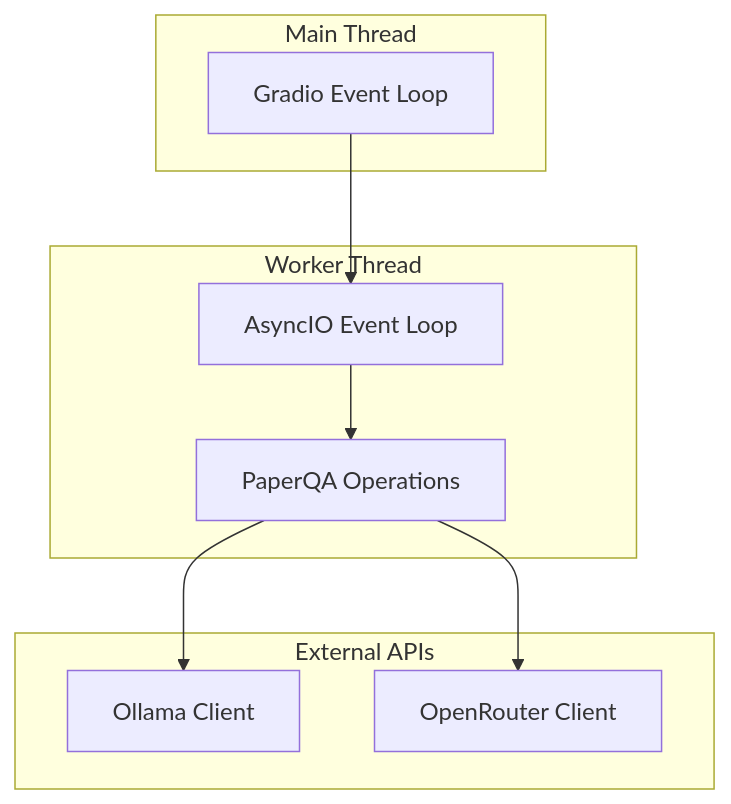
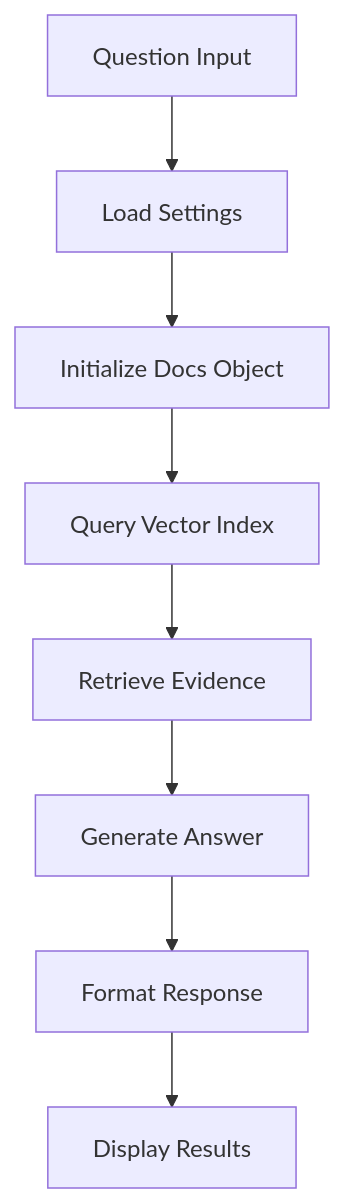
One commit to usathyan/paper-qa-ui changed the fifth of 5 diagrams in DEVELOPER.md. Above: the diagram before and after it, drawn with Mermaid. The commit also changed other lines of this file and 4 other files, not shown here.

````diff
--- a/DEVELOPER.md
+++ b/DEVELOPER.md
@@ -259,21 +170,10 @@
 ```mermaid
-graph TD
-    subgraph MAIN["Main Thread"]
-        A[Gradio Event Loop]
-    end
-    
-    subgraph WORKER["Worker Thread"]
-        C[AsyncIO Event Loop]
-        D[PaperQA Operations]
-    end
-    
-    subgraph CLIENTS["External APIs"]
-        E[Ollama Client]
-        F[OpenRouter Client]
-    end
-    
-    A --> C
-    C --> D
-    D --> E
-    D --> F
+flowchart TD
+    A[Question Input] --> B[Load Settings]
+    B --> C[Initialize Docs Object]
+    C --> D[Query Vector Index]
+    D --> E[Retrieve Evidence]
+    E --> F[Generate Answer]
+    F --> G[Format Response]
+    G --> H[Display Results]
 ```
````
